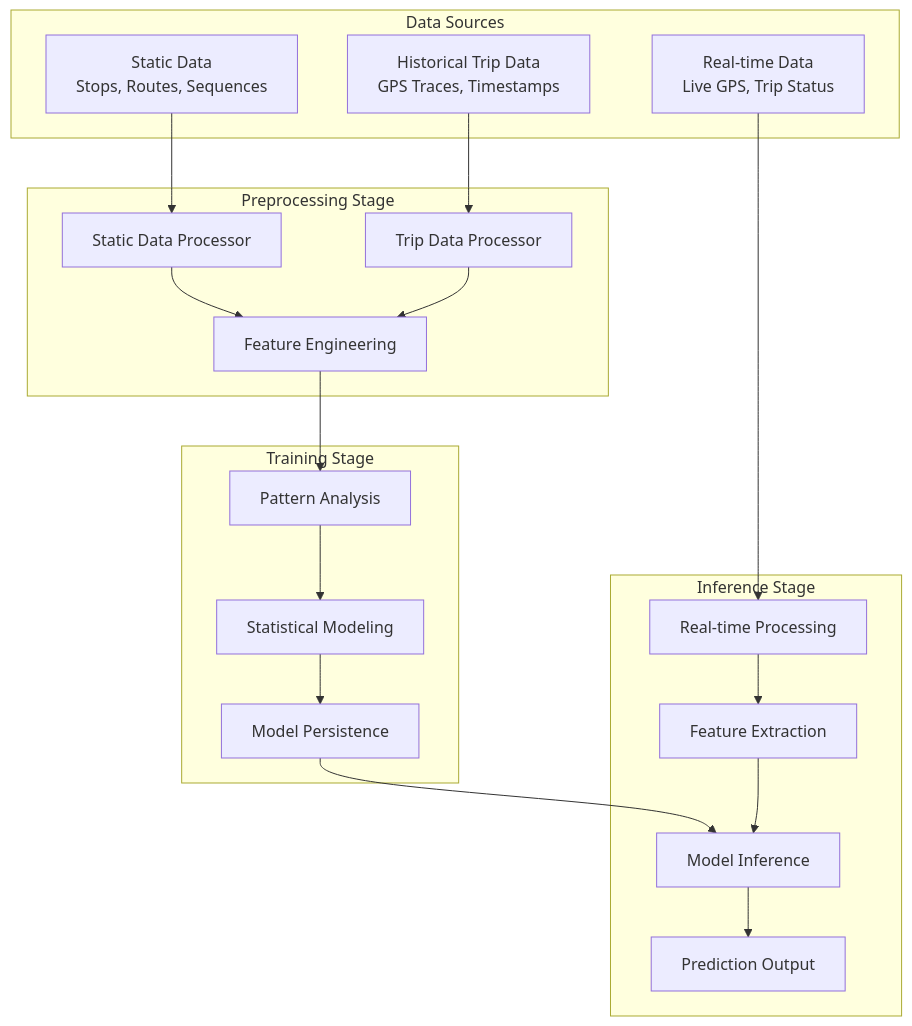
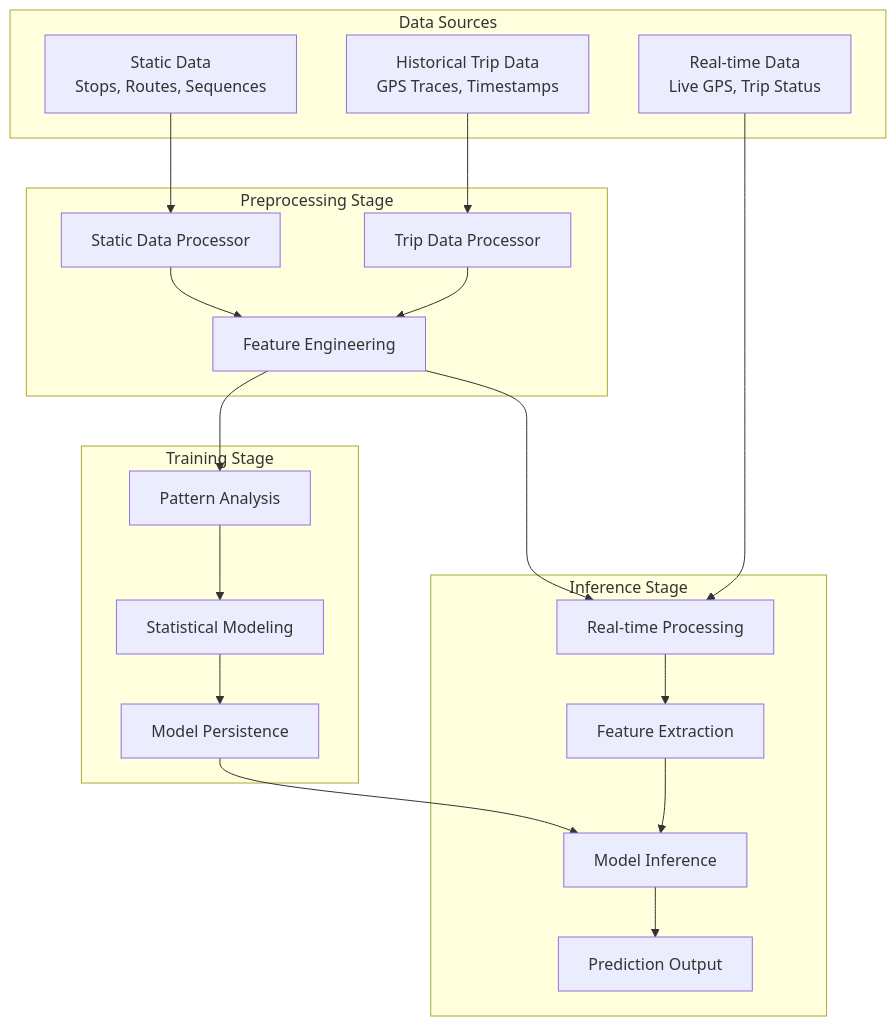
One commit to gouherdanish/bangalore-last-mile-challenge changed the diagram in team_name_report.md. Above: the diagram before and after it, drawn with Mermaid.

Commit message:
Modified Team Report

````diff
--- a/team_name_report.md
+++ b/team_name_report.md
@@ -58,42 +58,43 @@
 ```mermaid
 graph TB
     subgraph "Data Sources"
         A[Static Data<br/>Stops, Routes, Sequences]
         B[Historical Trip Data<br/>GPS Traces, Timestamps]
         C[Real-time Data<br/>Live GPS, Trip Status]
     end
     
     subgraph "Preprocessing Stage"
         D[Static Data Processor]
         E[Trip Data Processor]
         F[Feature Engineering]
     end
     
     subgraph "Training Stage"
         G[Pattern Analysis]
         H[Statistical Modeling]
         I[Model Persistence]
     end
     
     subgraph "Inference Stage"
         J[Real-time Processing]
         K[Feature Extraction]
         L[Model Inference]
         M[Prediction Output]
     end
     
     A --> D
     B --> E
     C --> J
     
     D --> F
     E --> F
     F --> G
+    F --> J
     G --> H
     H --> I
     
     I --> L
     J --> K
     K --> L
     L --> M
 ```
````
